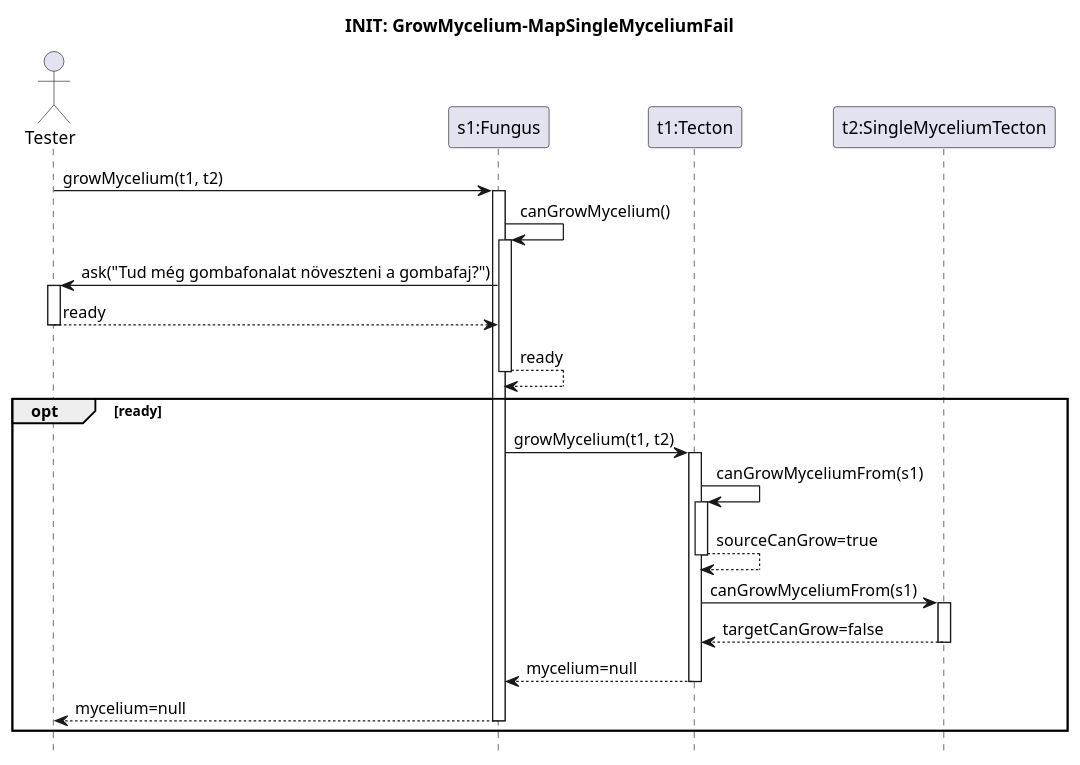
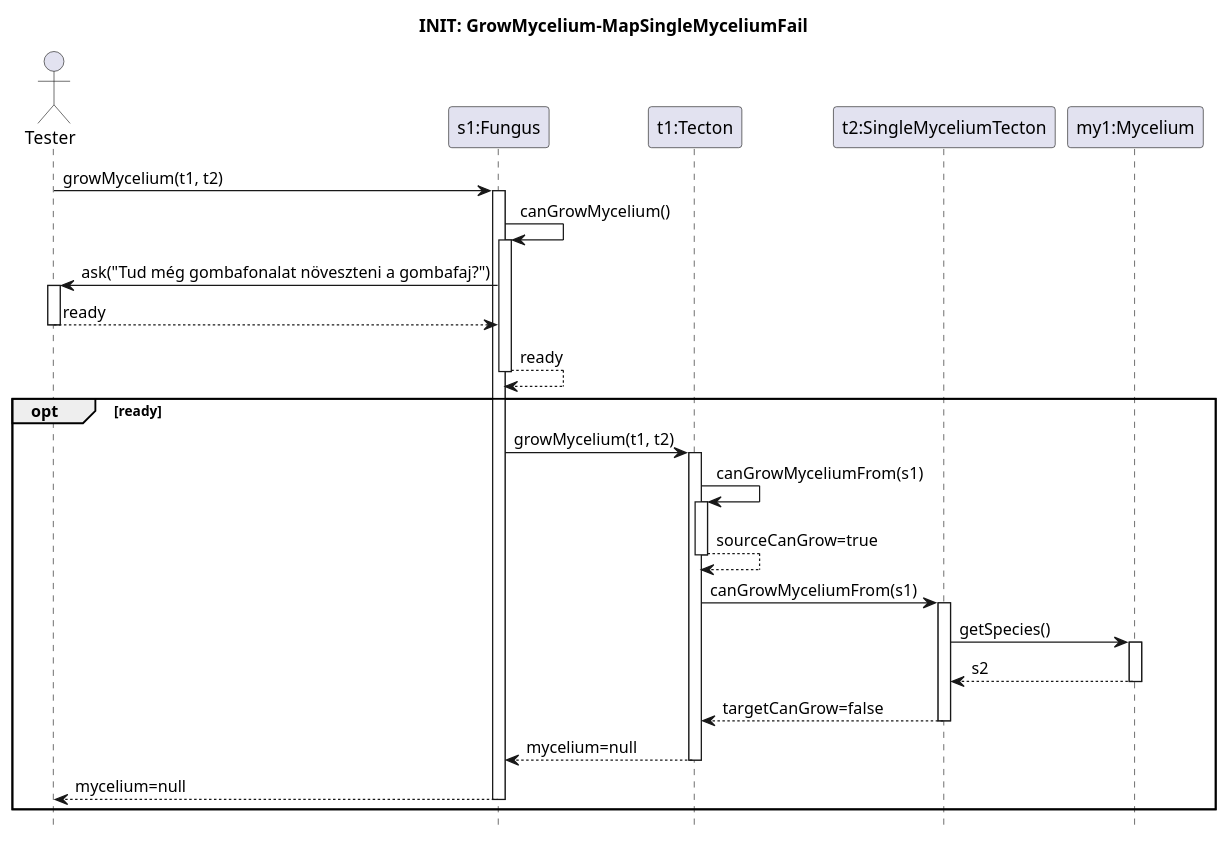
One commit to ZD4ve/projlab-error521 changed the diagram in Skeleton/Grow-mycelium/singlemycelium-fail.puml. Above: the diagram before and after it, drawn with PlantUML. The commit also changed 1 other file, not shown here.

```diff
--- a/Skeleton/Grow-mycelium/singlemycelium-fail.puml
+++ b/Skeleton/Grow-mycelium/singlemycelium-fail.puml
@@ -1,40 +1,44 @@
 @startuml grow-mycelium-success
 hide footbox
 
 title INIT: GrowMycelium-MapSingleMyceliumFail
 
 actor Tester
 participant "s1:Fungus" as species
 participant "t1:Tecton" as source
 participant "t2:SingleMyceliumTecton" as target
+participant "my1:Mycelium" as my1
 
 Tester -> species : growMycelium(t1, t2)
 activate species
 
 species -> species : canGrowMycelium()
 activate species
 
 Tester <- species : ask("Tud még gombafonalat növeszteni a gombafaj?")
 activate Tester
 return ready
 
 return ready
 
 opt ready
 
     species -> source : growMycelium(t1, t2)
     activate source
         source -> source : canGrowMyceliumFrom(s1)
         activate source
         return sourceCanGrow=true
 
         source -> target : canGrowMyceliumFrom(s1)
         activate target
+        target -> my1 : getSpecies()
+        activate my1
+        return s2
         return targetCanGrow=false
 
         return mycelium=null
 
     return mycelium=null
 end
 
 @enduml
```
